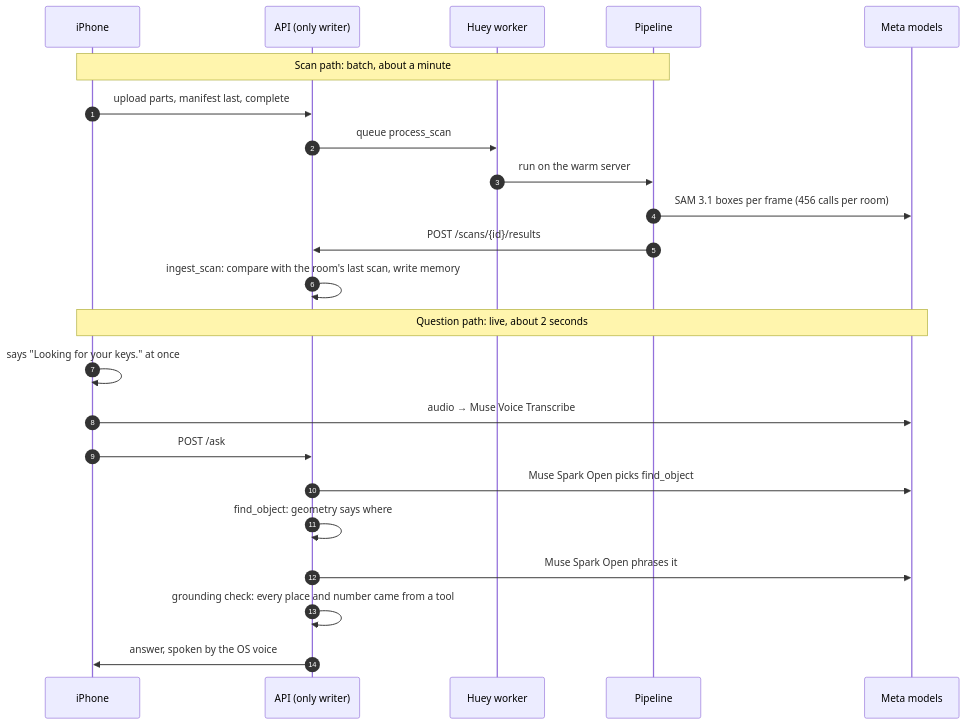
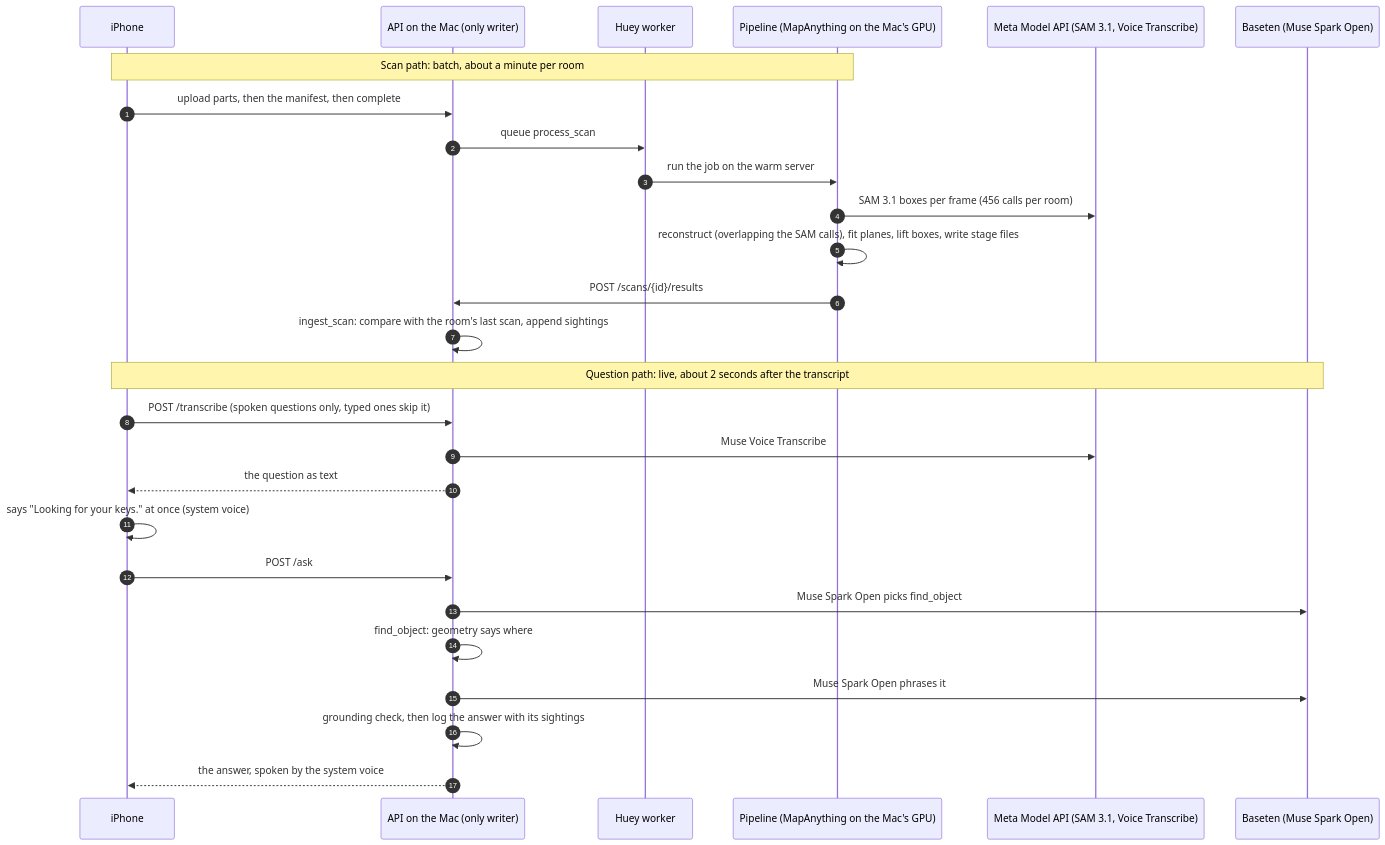
One commit to coder-RT/recall changed the diagram in docs/diagrams/two-paths.mmd. Above: the diagram before and after it, drawn with Mermaid. The commit also changed 8 other files, not shown here.

First line of the commit message:
docs: diagrams corrected against the code

```diff
--- a/docs/diagrams/two-paths.mmd
+++ b/docs/diagrams/two-paths.mmd
@@ -1,23 +1,27 @@
 sequenceDiagram
   autonumber
   participant P as iPhone
-  participant A as API (only writer)
+  participant A as API on the Mac (only writer)
   participant Q as Huey worker
-  participant S as Pipeline
-  participant M as Meta models
-  Note over P,S: Scan path: batch, about a minute
-  P->>A: upload parts, manifest last, complete
+  participant S as Pipeline (MapAnything on the Mac's GPU)
+  participant M as Meta Model API (SAM 3.1, Voice Transcribe)
+  participant B as Baseten (Muse Spark Open)
+  Note over P,S: Scan path: batch, about a minute per room
+  P->>A: upload parts, then the manifest, then complete
   A->>Q: queue process_scan
-  Q->>S: run on the warm server
+  Q->>S: run the job on the warm server
   S->>M: SAM 3.1 boxes per frame (456 calls per room)
+  S->>S: reconstruct (overlapping the SAM calls), fit planes, lift boxes, write stage files
   S->>A: POST /scans/{id}/results
-  A->>A: ingest_scan: compare with the room's last scan, write memory
-  Note over P,M: Question path: live, about 2 seconds
-  P->>P: says "Looking for your keys." at once
-  P->>M: audio → Muse Voice Transcribe
+  A->>A: ingest_scan: compare with the room's last scan, append sightings
+  Note over P,B: Question path: live, about 2 seconds after the transcript
+  P->>A: POST /transcribe (spoken questions only, typed ones skip it)
+  A->>M: Muse Voice Transcribe
+  A-->>P: the question as text
+  P->>P: says "Looking for your keys." at once (system voice)
   P->>A: POST /ask
-  A->>M: Muse Spark Open picks find_object
+  A->>B: Muse Spark Open picks find_object
   A->>A: find_object: geometry says where
-  A->>M: Muse Spark Open phrases it
-  A->>A: grounding check: every place and number came from a tool
-  A->>P: answer, spoken by the OS voice
+  A->>B: Muse Spark Open phrases it
+  A->>A: grounding check, then log the answer with its sightings
+  A-->>P: the answer, spoken by the system voice
```
